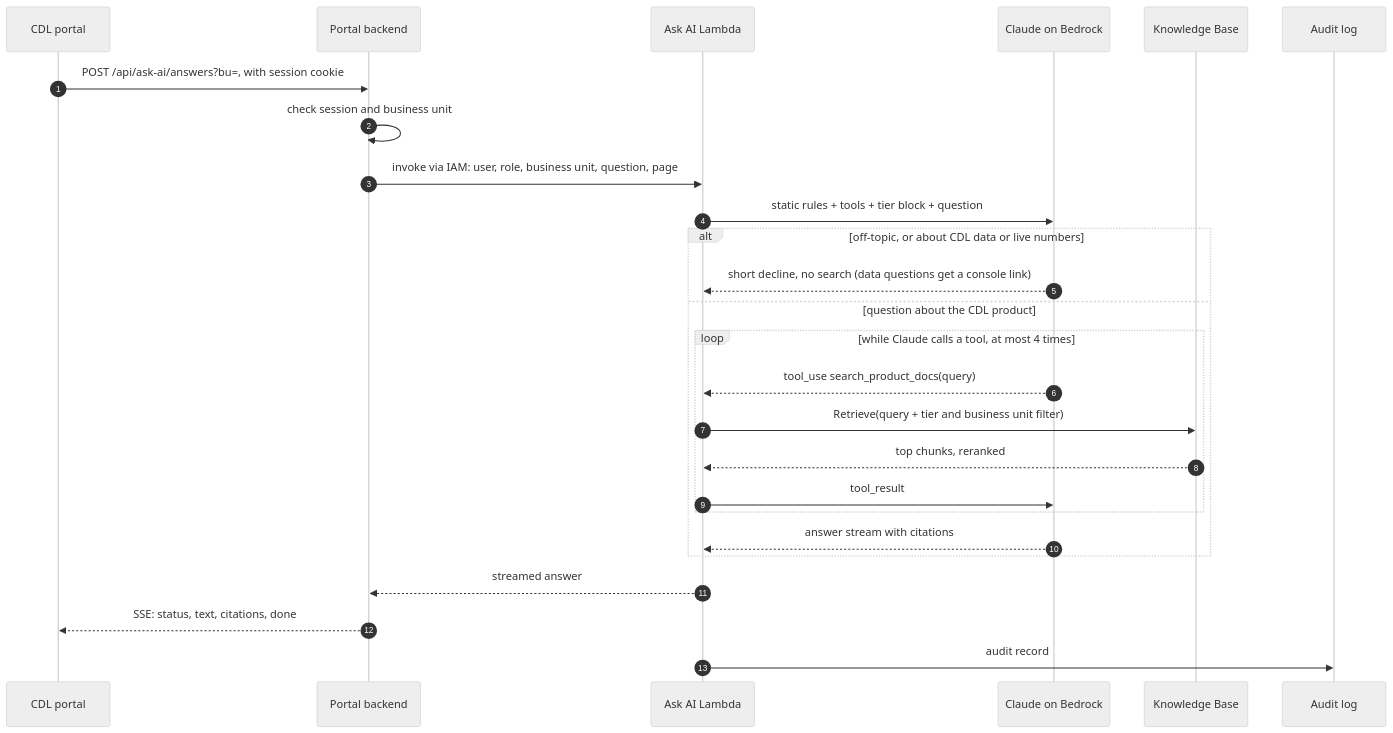
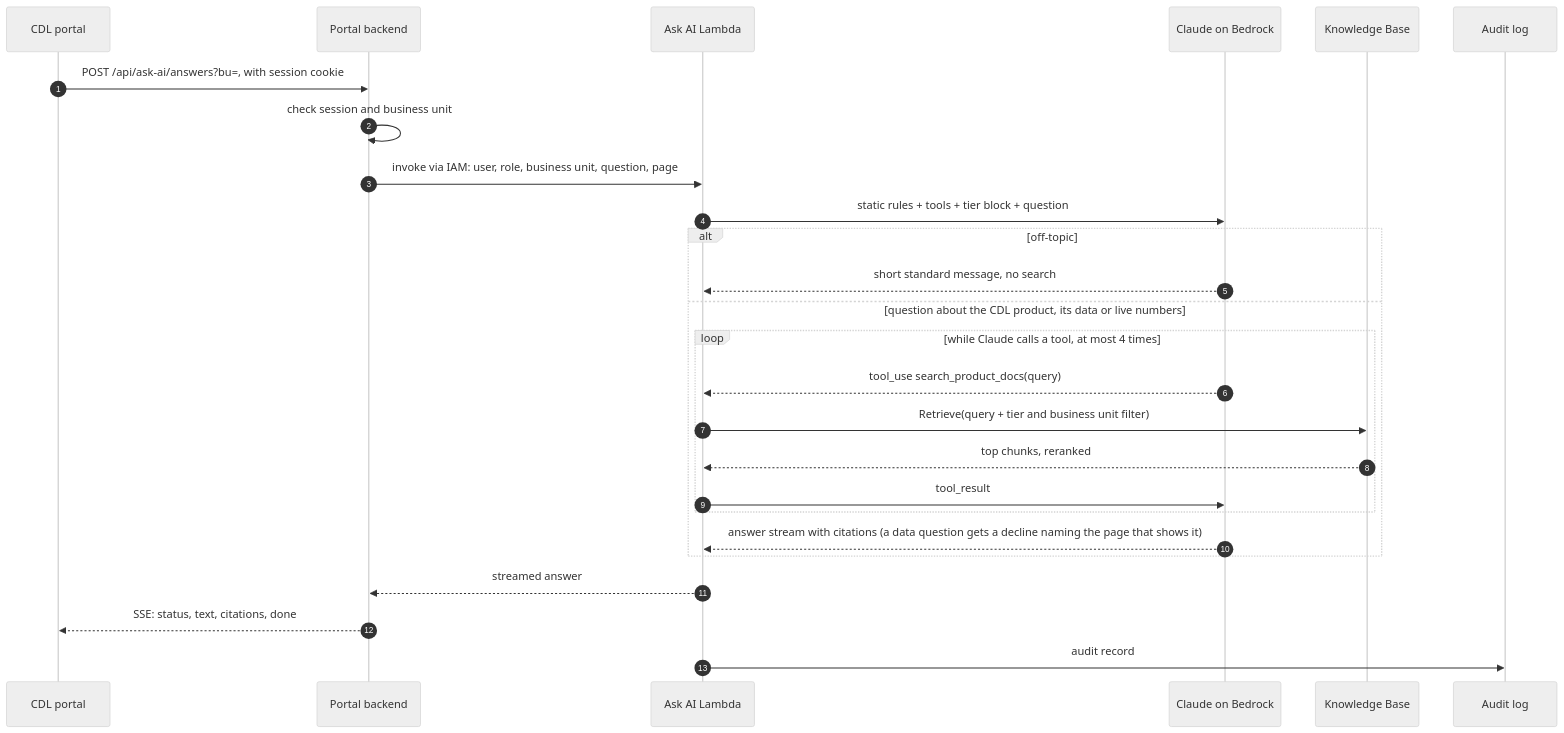
The second of 5 diagrams in docs/ASK_AI_PLAN.md (rutvik-madtech/newscorp-ask-ai), drawn with Mermaid (neutral theme) before and after one commit. The commit also changed other lines of this file and 1 other file, not shown here.

````diff
--- a/docs/ASK_AI_PLAN.md
+++ b/docs/ASK_AI_PLAN.md
@@ -243,28 +243,28 @@
 ```mermaid
 sequenceDiagram
   autonumber
   participant UI as CDL portal
   participant PB as Portal backend
   participant O as Ask AI Lambda
   participant C as Claude on Bedrock
   participant KB as Knowledge Base
   participant L as Audit log
   UI->>PB: POST /api/ask-ai/answers?bu=, with session cookie
   PB->>PB: check session and business unit
   PB->>O: invoke via IAM: user, role, business unit, question, page
   O->>C: static rules + tools + tier block + question
-  alt off-topic, or about CDL data or live numbers
-    C-->>O: short decline, no search (data questions get a console link)
-  else question about the CDL product
+  alt off-topic
+    C-->>O: short standard message, no search
+  else question about the CDL product, its data or live numbers
     loop while Claude calls a tool, at most 4 times
       C-->>O: tool_use search_product_docs(query)
       O->>KB: Retrieve(query + tier and business unit filter)
       KB-->>O: top chunks, reranked
       O->>C: tool_result
     end
-    C-->>O: answer stream with citations
+    C-->>O: answer stream with citations (a data question gets a decline naming the page that shows it)
   end
   O-->>PB: streamed answer
   PB-->>UI: SSE: status, text, citations, done
   O->>L: audit record
 ```
````
